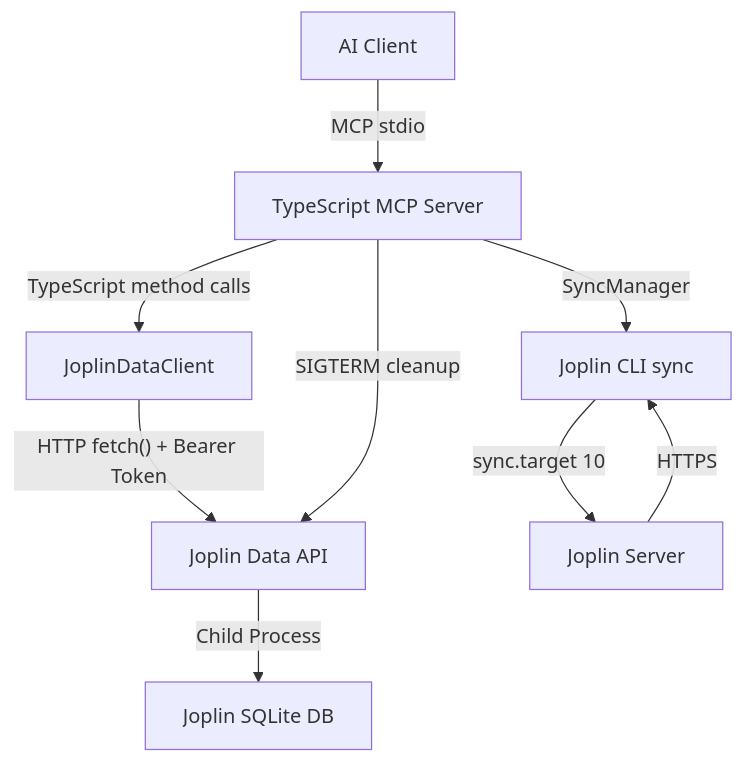
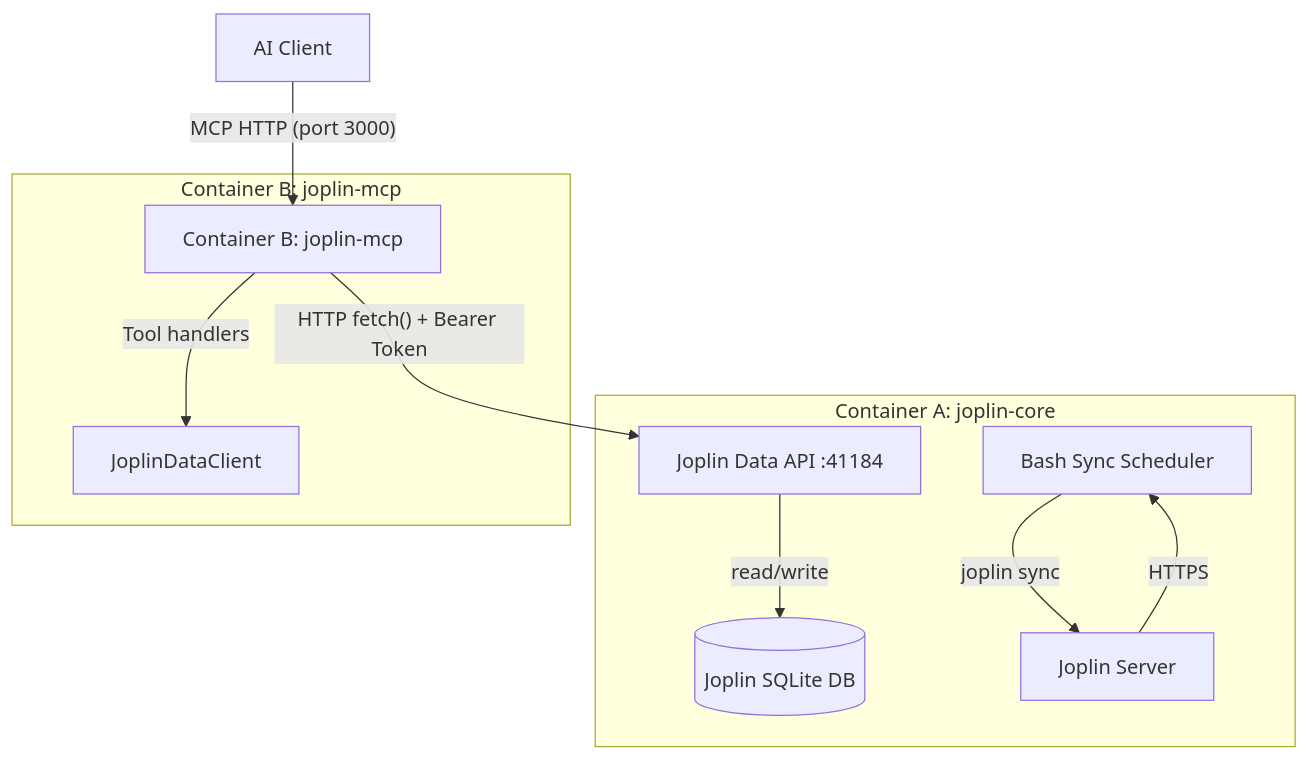
One commit to gelse/joplin-mcp changed the diagram in README.md. Above: the diagram before and after it, drawn with Mermaid. The commit also changed other lines of this file and 1 other file, not shown here.

Commit message:
Update README and TASK_LOG for two-container split

````diff
--- a/README.md
+++ b/README.md
@@ -238,11 +261,13 @@
 ```mermaid
 graph TD
-    A[AI Client] -->|"MCP stdio"| B[TypeScript MCP Server]
-    B -->|"TypeScript method calls"| C[JoplinDataClient]
-    C -->|"HTTP fetch() + Bearer Token"| D[Joplin Data API]
-    D -->|"Child Process"| E[Joplin SQLite DB]
-    B -->|"SyncManager"| F[Joplin CLI sync]
-    F -->|"sync.target 10"| G[Joplin Server]
-    G -->|"HTTPS"| F
-    B -->|"SIGTERM cleanup"| D
+    A[AI Client] -->|"MCP HTTP (port 3000)"| B[Container B: joplin-mcp]
+    B -->|"HTTP fetch() + Bearer Token"| C[Container A: joplin-core]
+    subgraph "Container A: joplin-core"
+        C[Joplin Data API :41184] -->|"read/write"| D[(Joplin SQLite DB)]
+        E[Bash Sync Scheduler] -->|"joplin sync"| F[Joplin Server]
+        F -->|"HTTPS"| E
+    end
+    subgraph "Container B: joplin-mcp"
+        B -->|"Tool handlers"| G[JoplinDataClient]
+    end
 ```
````
